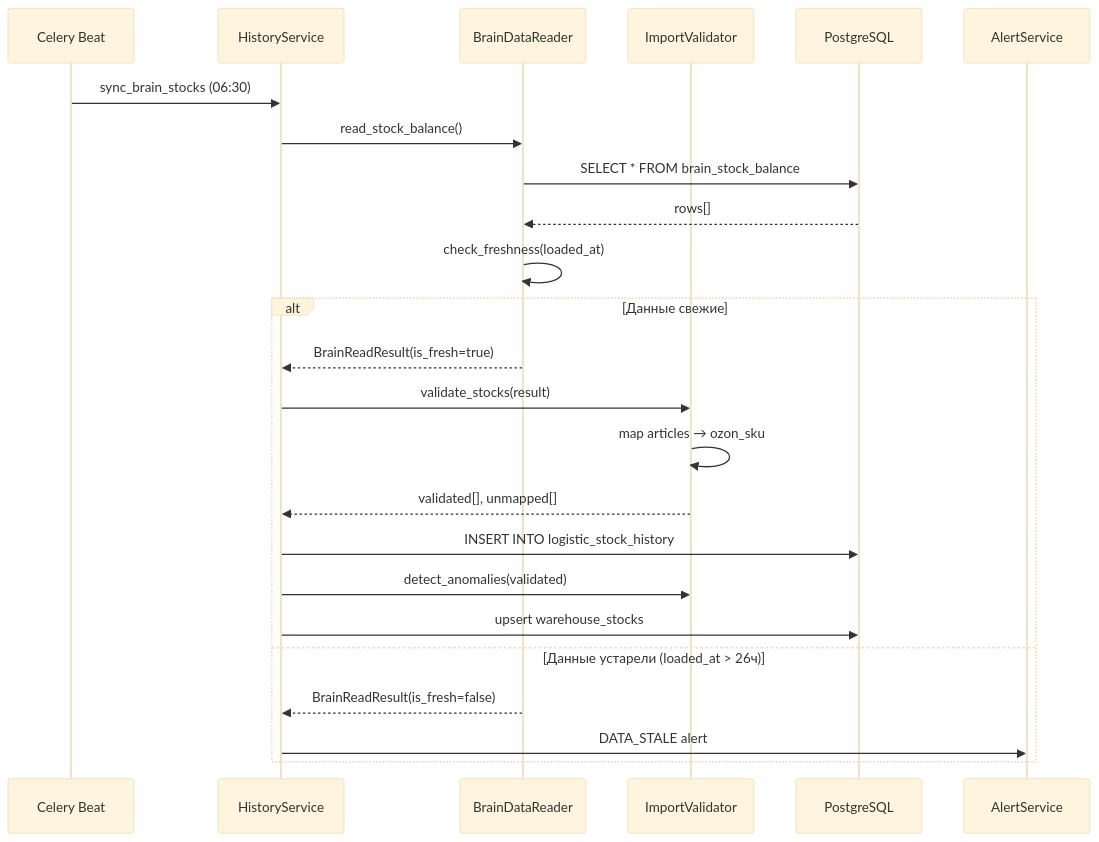
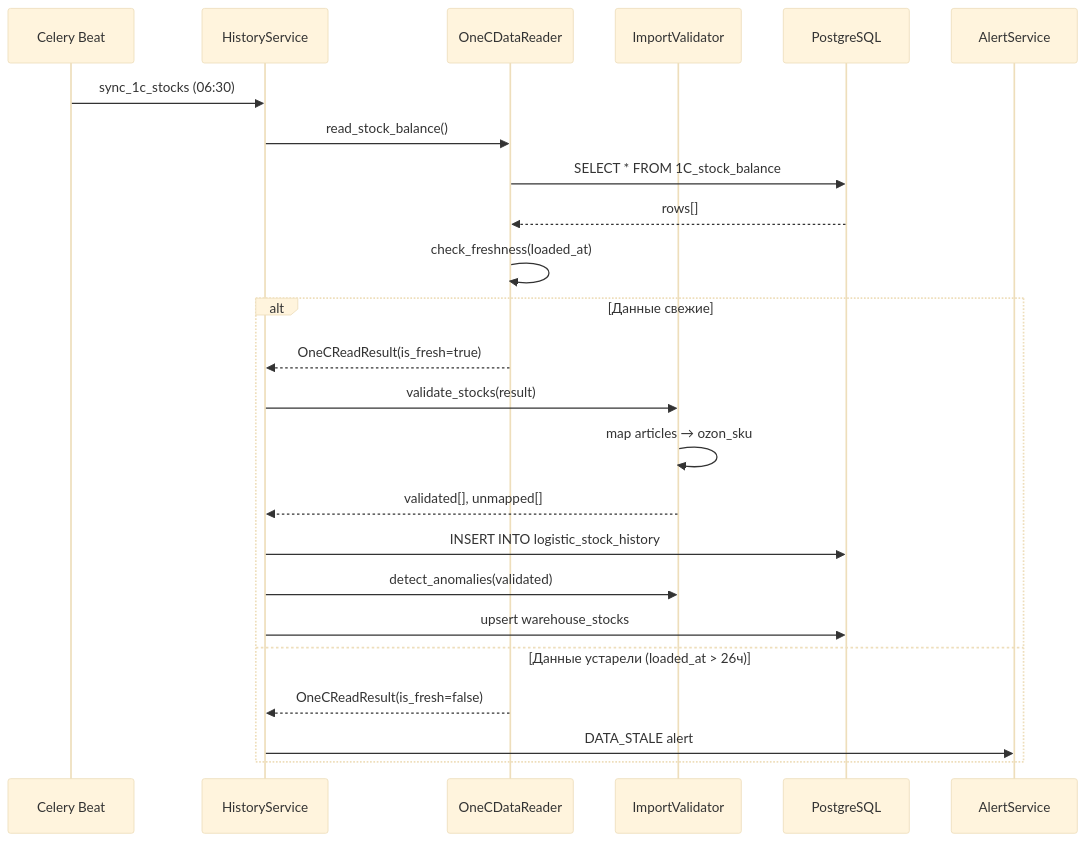
One commit to Sign25/Docs changed the third of 11 diagrams in logistic/adolf_logistic_1_architecture.md. Above: the diagram before and after it, drawn with Mermaid (base theme). The commit also changed other lines of this file, not shown here.

Commit message:
refactor(logistic): rename brain_* -> 1C_*, update A1 links to 1cexport

````diff
--- a/logistic/adolf_logistic_1_architecture.md
+++ b/logistic/adolf_logistic_1_architecture.md
@@ -174,28 +174,28 @@
 ```mermaid
 sequenceDiagram
     participant CELERY as Celery Beat
     participant HISTORY as HistoryService
-    participant READER as BrainDataReader
+    participant READER as OneCDataReader
     participant VALIDATOR as ImportValidator
     participant PG as PostgreSQL
     participant ALERT as AlertService
     
-    CELERY->>HISTORY: sync_brain_stocks (06:30)
+    CELERY->>HISTORY: sync_1c_stocks (06:30)
     HISTORY->>READER: read_stock_balance()
-    READER->>PG: SELECT * FROM brain_stock_balance
+    READER->>PG: SELECT * FROM 1C_stock_balance
     PG-->>READER: rows[]
     READER->>READER: check_freshness(loaded_at)
     
     alt Данные свежие
-        READER-->>HISTORY: BrainReadResult(is_fresh=true)
+        READER-->>HISTORY: OneCReadResult(is_fresh=true)
         HISTORY->>VALIDATOR: validate_stocks(result)
         VALIDATOR->>VALIDATOR: map articles → ozon_sku
         VALIDATOR-->>HISTORY: validated[], unmapped[]
         HISTORY->>PG: INSERT INTO logistic_stock_history
         HISTORY->>VALIDATOR: detect_anomalies(validated)
         HISTORY->>PG: upsert warehouse_stocks
     else Данные устарели (loaded_at > 26ч)
-        READER-->>HISTORY: BrainReadResult(is_fresh=false)
+        READER-->>HISTORY: OneCReadResult(is_fresh=false)
         HISTORY->>ALERT: DATA_STALE alert
     end
 ```
````
